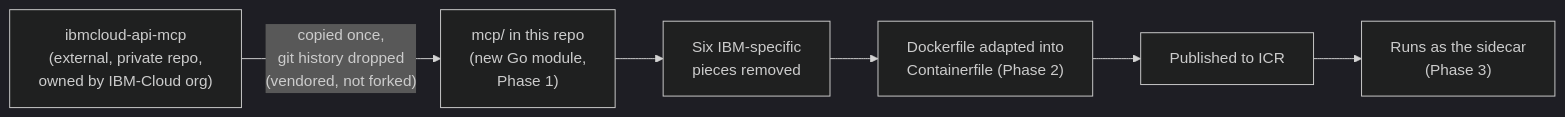
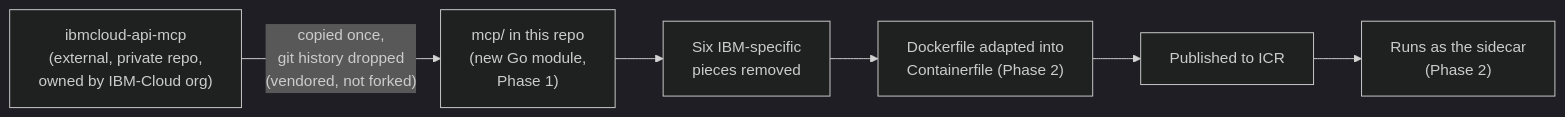
One commit to IBM/project-ai-services changed the third of 7 diagrams in docs/proposals/mcp-sidecar-proposal.md. Above: the diagram before and after it, drawn with Mermaid (dark theme). The commit also changed other lines of this file, not shown here.

Commit message:
I misseed a couple of cli things that needed to be deleted and then put phase 3 into phase 2

````diff
--- a/docs/proposals/mcp-sidecar-proposal.md
+++ b/docs/proposals/mcp-sidecar-proposal.md
@@ -135,15 +135,15 @@
 ```mermaid
 flowchart LR
     UP["ibmcloud-api-mcp<br/>(external, private repo,<br/>owned by IBM-Cloud org)"]
     VENDOR["mcp/ in this repo<br/>(new Go module,<br/>Phase 1)"]
     REMOVE["Six IBM-specific<br/>pieces removed"]
     BUILD["Dockerfile adapted into<br/>Containerfile (Phase 2)"]
     ICR["Published to ICR"]
-    RUN["Runs as the sidecar<br/>(Phase 3)"]
+    RUN["Runs as the sidecar<br/>(Phase 2)"]
 
     UP -- "copied once,<br/>git history dropped<br/>(vendored, not forked)" --> VENDOR
     VENDOR --> REMOVE
     REMOVE --> BUILD
     BUILD --> ICR
     ICR --> RUN
 ```
````
